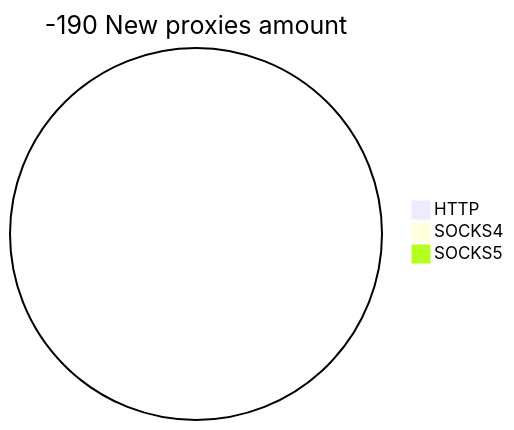
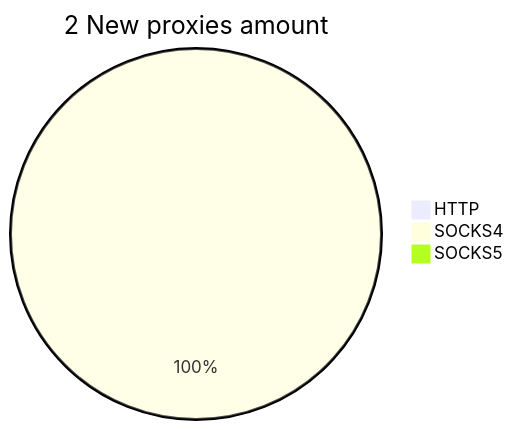
One commit to cutipu/proxylist changed the second of 2 diagrams in README.md. Above: the diagram before and after it, drawn with Mermaid. The commit also changed other lines of this file, not shown here.

````diff
--- a/README.md
+++ b/README.md
@@ -10,6 +10,6 @@
 ```mermaid
-pie title -190 New proxies amount
+pie title 2 New proxies amount
     "HTTP" : 0
-    "SOCKS4" : 0
+    "SOCKS4" : 2
     "SOCKS5" : 0
 ```
````
